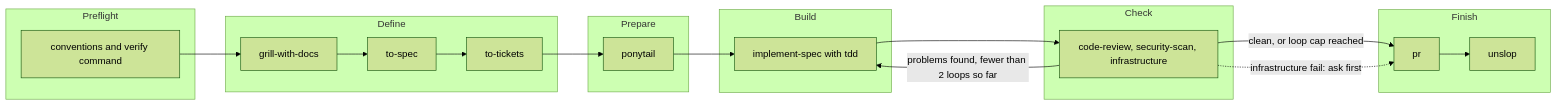
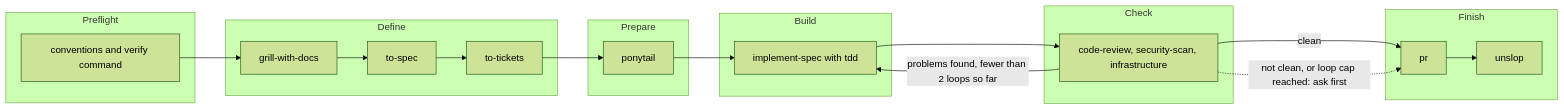
Before and after one commit to TDSchreur/tds-factory: the diagram in README.md, drawn with Mermaid (forest theme). The commit also changed other lines of this file and 5 other files, not shown here.

First line of the commit message:
Ask permission after Check unless it is clean (#47)

````diff
--- a/README.md
+++ b/README.md
@@ -11,27 +11,27 @@
 ```mermaid
 flowchart LR
     subgraph Preflight
         P[conventions and verify command]
     end
     subgraph Define
         A[grill-with-docs] --> B[to-spec] --> C[to-tickets]
     end
     subgraph Prepare
         D[ponytail]
     end
     subgraph Build
         E[implement-spec with tdd]
     end
     subgraph Check
         F[code-review, security-scan, infrastructure]
     end
     subgraph Finish
         G[pr] --> H[unslop]
     end
 
     P --> A
     C --> D --> E --> F
     F -->|problems found, fewer than 2 loops so far| E
-    F -->|clean, or loop cap reached| G
-    F -.->|infrastructure fail: ask first| G
+    F -->|clean| G
+    F -.->|not clean, or loop cap reached: ask first| G
 ```
````
